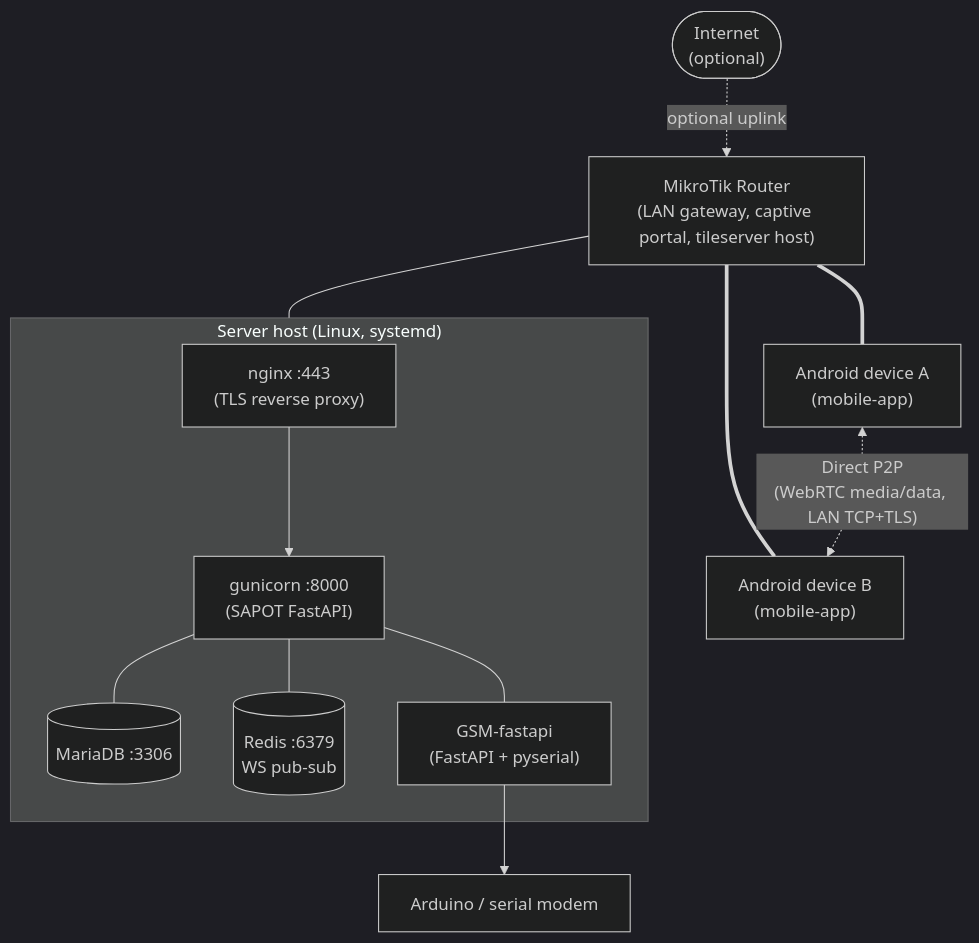
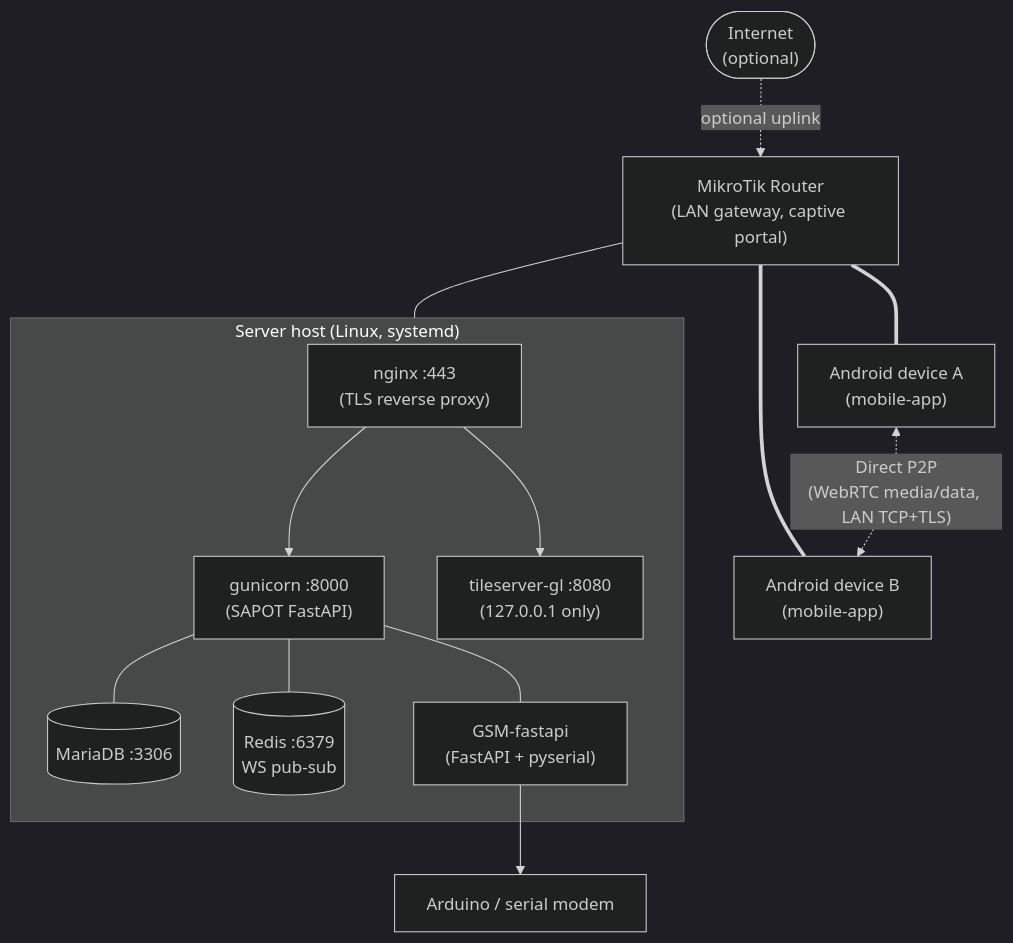
Before and after one commit to SAPOT-System/YLP-software: the diagram in docs/architecture/component-map.md, drawn with Mermaid (dark theme). The commit also changed other lines of this file and 9 other files, not shown here.

First line of the commit message:
feat(tileserver): proxy tile requests through nginx TLS instead of direct :8080

````diff
--- a/docs/architecture/component-map.md
+++ b/docs/architecture/component-map.md
@@ -30,28 +32,30 @@
 ```mermaid
 flowchart TB
     internet(["Internet\n(optional)"])
-    router["MikroTik Router\n(LAN gateway, captive portal, tileserver host)"]
+    router["MikroTik Router\n(LAN gateway, captive portal)"]
 
     subgraph host["Server host (Linux, systemd)"]
         nginx["nginx :443\n(TLS reverse proxy)"]
         api["gunicorn :8000\n(SAPOT FastAPI)"]
+        tiles["tileserver-gl :8080\n(127.0.0.1 only)"]
         db[("MariaDB :3306")]
         redis[("Redis :6379\nWS pub-sub")]
         gsmapi["GSM-fastapi\n(FastAPI + pyserial)"]
     end
 
     arduino["Arduino / serial modem"]
     phoneA["Android device A\n(mobile-app)"]
     phoneB["Android device B\n(mobile-app)"]
 
     internet -.optional uplink.-> router
     router --- host
     nginx --> api
+    nginx --> tiles
     api --- db
     api --- redis
     api --- gsmapi
     gsmapi --> arduino
     router === phoneA
     router === phoneB
     phoneA <-."Direct P2P\n(WebRTC media/data, LAN TCP+TLS)".-> phoneB
 ```
````
